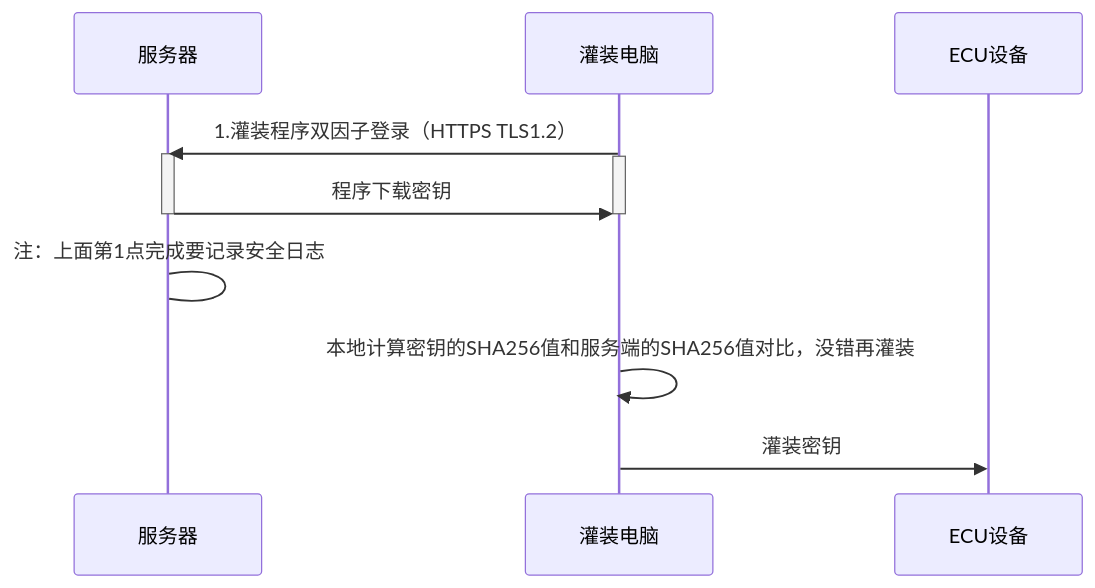
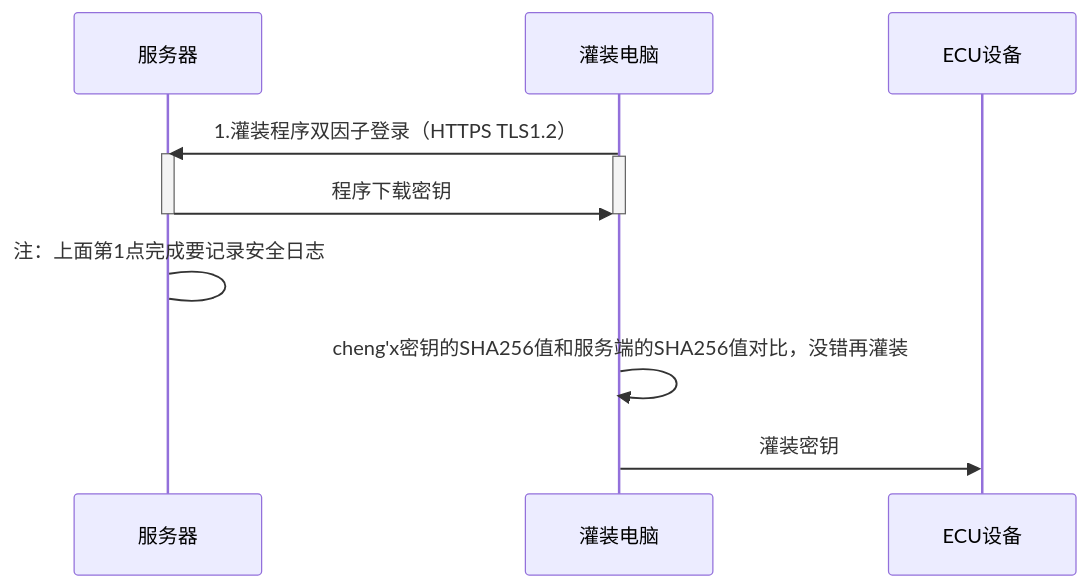
The diagram in all/未命名-23.md (facebook-cloud/iodraw-files), drawn with Mermaid before and after one commit.

Commit message:
2026-04-15 17:08:31 update

````diff
--- a/all/未命名-23.md
+++ b/all/未命名-23.md
@@ -1,19 +1,19 @@
 ```mermaid
 sequenceDiagram
   
     participant B as 服务器
     participant D as 灌装电脑
     participant E as ECU设备
 
     D->>B: 1.灌装程序双因子登录（HTTPS TLS1.2）
     activate B
     activate D
     B->>D: 程序下载密钥
     deactivate B
     deactivate D
     B->B: 注：上面第1点完成要记录安全日志
 
-    D->>D:本地计算密钥的SHA256值和服务端的SHA256值对比，没错再灌装
+    D->>D:cheng'x密钥的SHA256值和服务端的SHA256值对比，没错再灌装
     
     D->>E: 灌装密钥
 ```
````
